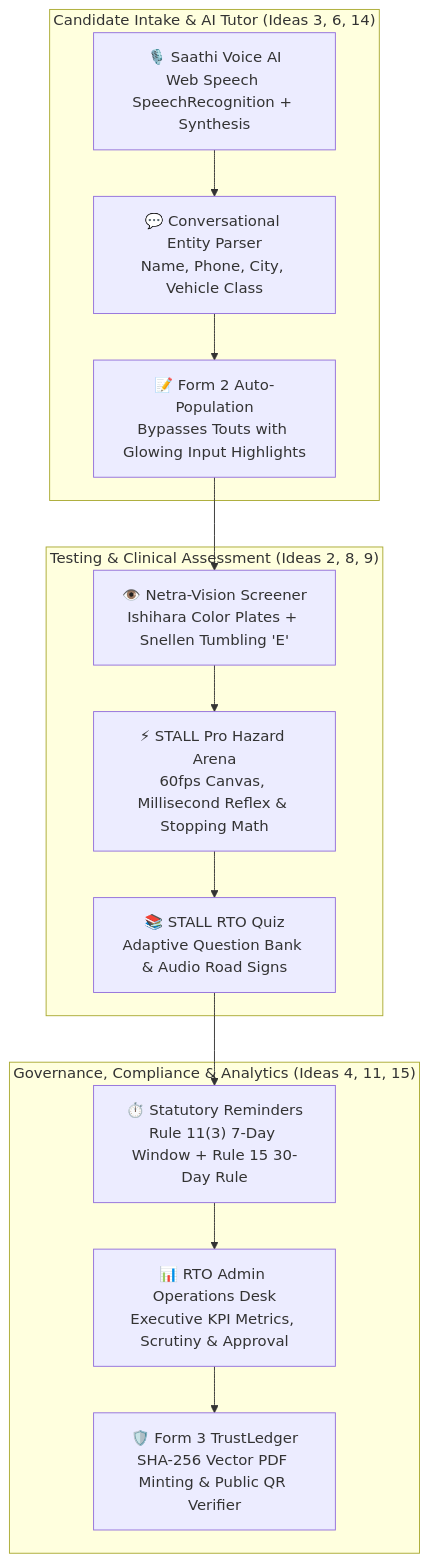
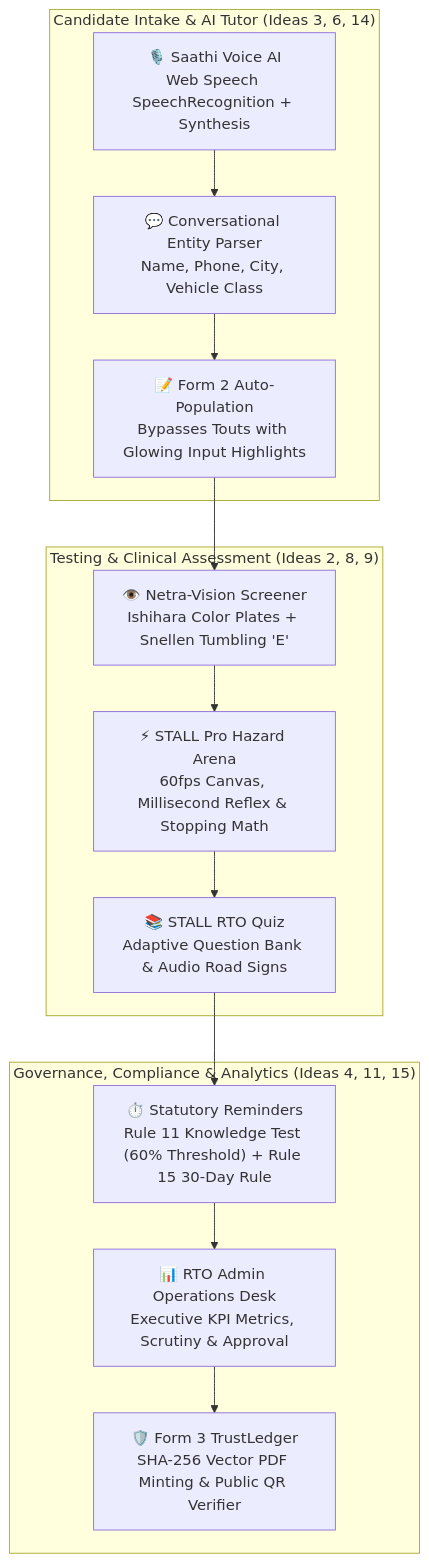
One commit to avrojitsaha763-byte/Hackcache26_MARK-III_Mparivahan changed the diagram in docs/HACKCACHE26_RANK1_IMPLEMENTATION_PLAN.md. Above: the diagram before and after it, drawn with Mermaid. The commit also changed other lines of this file and 40 other files, not shown here.

````diff
--- a/docs/HACKCACHE26_RANK1_IMPLEMENTATION_PLAN.md
+++ b/docs/HACKCACHE26_RANK1_IMPLEMENTATION_PLAN.md
@@ -38,24 +38,24 @@
 ```mermaid
 graph TD
     subgraph VoiceAndIntake ["Candidate Intake & AI Tutor (Ideas 3, 6, 14)"]
         Voice["🎙️ Saathi Voice AI<br/>Web Speech SpeechRecognition + Synthesis"]
         NLU["💬 Conversational Entity Parser<br/>Name, Phone, City, Vehicle Class"]
         Form2["📝 Form 2 Auto-Population<br/>Bypasses Touts with Glowing Input Highlights"]
     end
 
     subgraph ClinicalAndReflex ["Testing & Clinical Assessment (Ideas 2, 8, 9)"]
         Netra["👁️ Netra-Vision Screener<br/>Ishihara Color Plates + Snellen Tumbling 'E'"]
         Hazard["⚡ STALL Pro Hazard Arena<br/>60fps Canvas, Millisecond Reflex & Stopping Math"]
         STALLQuiz["📚 STALL RTO Quiz<br/>Adaptive Question Bank & Audio Road Signs"]
     end
 
     subgraph ComplianceAndTrust ["Governance, Compliance & Analytics (Ideas 4, 11, 15)"]
-        Compliance["⏱️ Statutory Reminders<br/>Rule 11(3) 7-Day Window + Rule 15 30-Day Rule"]
+        Compliance["⏱️ Statutory Reminders<br/>Rule 11 Knowledge Test (60% Threshold) + Rule 15 30-Day Rule"]
         AdminDesk["📊 RTO Admin Operations Desk<br/>Executive KPI Metrics, Scrutiny & Approval"]
         TrustLedger["🛡️ Form 3 TrustLedger<br/>SHA-256 Vector PDF Minting & Public QR Verifier"]
     end
 
     Voice --> NLU --> Form2
     Form2 --> Netra --> Hazard --> STALLQuiz
     STALLQuiz --> Compliance --> AdminDesk --> TrustLedger
 ```
````
